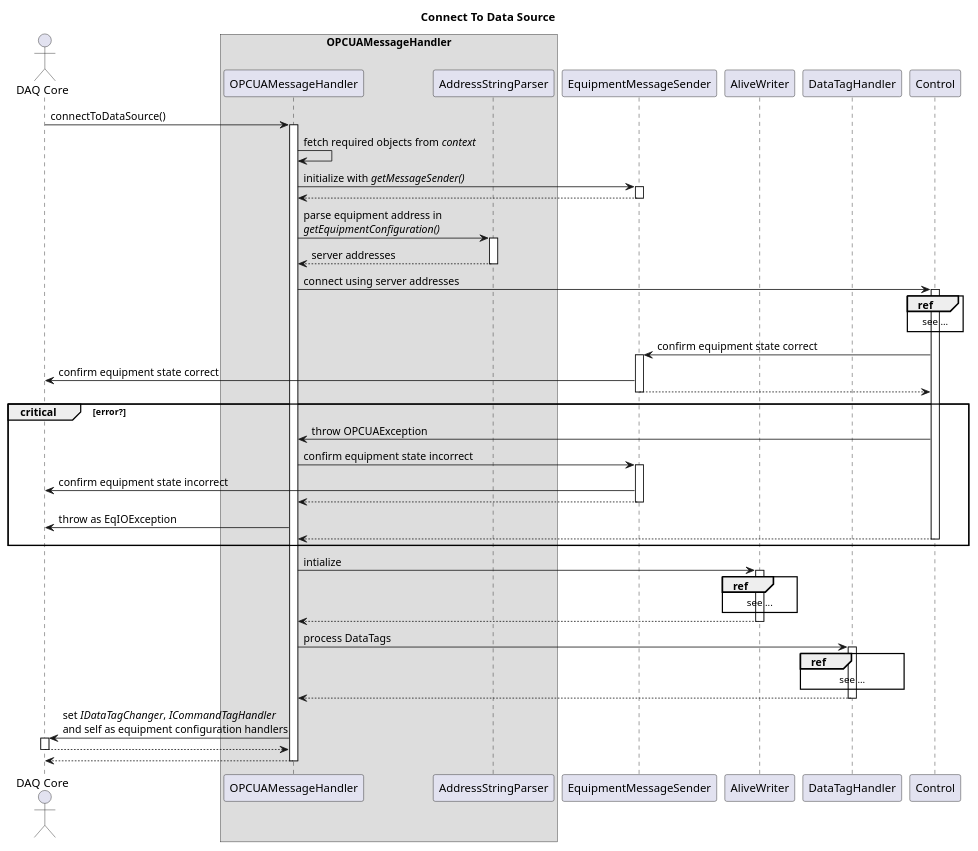
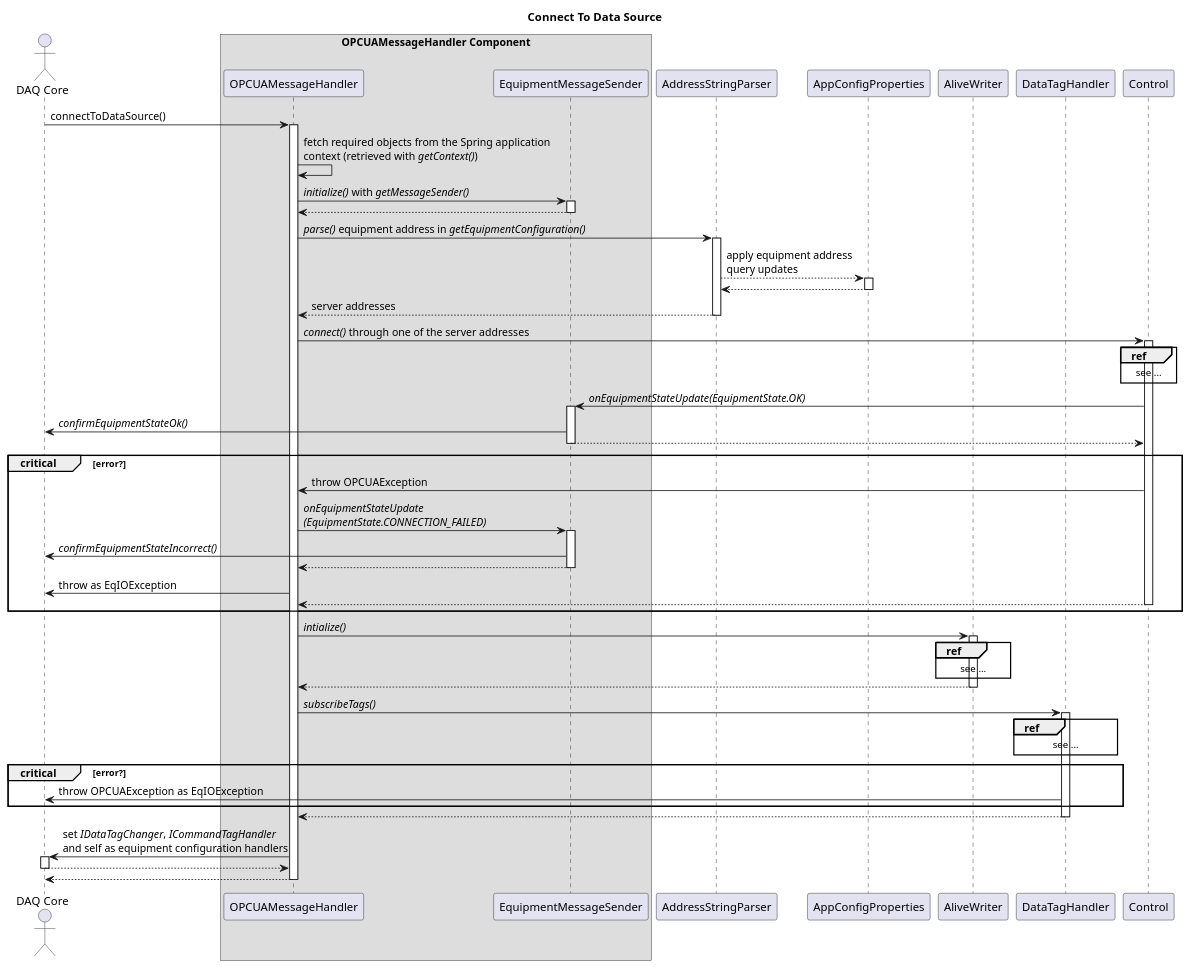
One commit to c2mon/c2mon-daq-opcua changed the diagram in src/main/resources/classdiagrams/opcuamessagehandler.connecttodatasource.activity.plantuml. Above: the diagram before and after it, drawn with PlantUML. The commit also changed 36 other files, not shown here.

```diff
--- a/src/main/resources/classdiagrams/opcuamessagehandler.connecttodatasource.activity.plantuml
+++ b/src/main/resources/classdiagrams/opcuamessagehandler.connecttodatasource.activity.plantuml
@@ -1,53 +1,61 @@
+
 title Connect To Data Source
+
 actor "DAQ Core" as Core
-box "OPCUAMessageHandler"
+box "OPCUAMessageHandler Component"
 participant OPCUAMessageHandler
+participant EquipmentMessageSender
+end box
 participant AddressStringParser
-end box
-participant EquipmentMessageSender
+participant AppConfigProperties
 participant AliveWriter
 participant DataTagHandler
 participant Control
 
 Core-> OPCUAMessageHandler ++ : connectToDataSource()
-  OPCUAMessageHandler -> OPCUAMessageHandler: fetch required objects from //context//
-  OPCUAMessageHandler -> EquipmentMessageSender ++ : initialize with //getMessageSender()//
+  OPCUAMessageHandler -> OPCUAMessageHandler: fetch required objects from the Spring application \ncontext (retrieved with //getContext()//)
+  OPCUAMessageHandler -> EquipmentMessageSender ++ : //initialize()// with //getMessageSender()//
   return
   
-  OPCUAMessageHandler -> AddressStringParser ++: parse equipment address in \n//getEquipmentConfiguration()//
+  OPCUAMessageHandler -> AddressStringParser ++: //parse()// equipment address in //getEquipmentConfiguration()//
+    AddressStringParser --> AppConfigProperties ++: apply equipment address \nquery updates
+    return
   return server addresses
   
-  OPCUAMessageHandler -> Control ++ : connect using server addresses
+  OPCUAMessageHandler -> Control ++ : //connect()// through one of the server addresses
   
   ref over Control
     see ...
   end ref
-  Control -> EquipmentMessageSender ++: confirm equipment state correct
-    EquipmentMessageSender -> Core: confirm equipment state correct
+  Control -> EquipmentMessageSender ++: //onEquipmentStateUpdate(EquipmentState.OK)//
+    EquipmentMessageSender -> Core: //confirmEquipmentStateOk()//
   return
   critical error?
     OPCUAMessageHandler <- Control : throw OPCUAException
-    OPCUAMessageHandler -> EquipmentMessageSender ++: confirm equipment state incorrect
-      EquipmentMessageSender -> Core: confirm equipment state incorrect
+    OPCUAMessageHandler -> EquipmentMessageSender ++: //onEquipmentStateUpdate//\n//(EquipmentState.CONNECTION_FAILED)//
+      EquipmentMessageSender -> Core: //confirmEquipmentStateIncorrect()//
     return
     Core <- OPCUAMessageHandler: throw as EqIOException
     return
   end
 
   
-  OPCUAMessageHandler -> AliveWriter ++: intialize
+  OPCUAMessageHandler -> AliveWriter ++: //intialize()//
     ref over AliveWriter
       see ...
     end ref
   return
   
-  OPCUAMessageHandler -> DataTagHandler++: process DataTags
+  OPCUAMessageHandler -> DataTagHandler++: //subscribeTags()//
     ref over DataTagHandler
       see ...
     end ref
+    critical error?
+      Core <- DataTagHandler : throw OPCUAException as EqIOException
+    end
   return
   
   OPCUAMessageHandler -> Core ++: set //IDataTagChanger//, //ICommandTagHandler// \nand self as equipment configuration handlers
   return
   
 return
```
